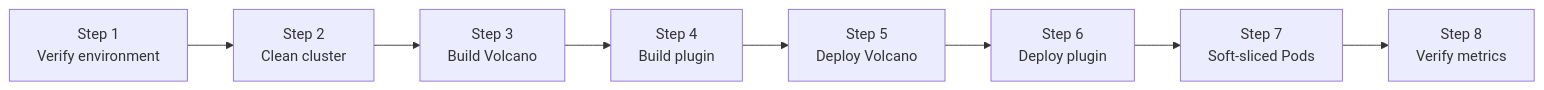
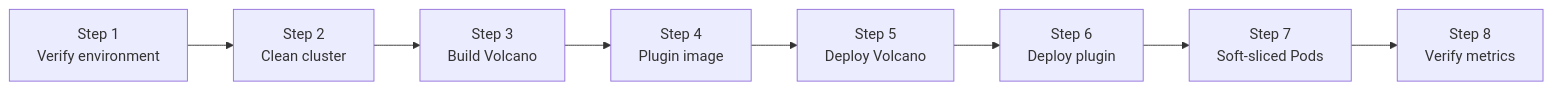
The diagram in tutorials/labs/volcano-ascend-vnpu.md (Project-HAMi/website), drawn with Mermaid before and after one commit. The commit also changed other lines of this file and 4 other files, not shown here.

````diff
--- a/tutorials/labs/volcano-ascend-vnpu.md
+++ b/tutorials/labs/volcano-ascend-vnpu.md
@@ -44,11 +44,11 @@
 ```mermaid
 %% title: Volcano + HAMi-core Ascend vNPU soft-slicing lab
 flowchart LR
     S1["Step 1<br/>Verify environment"] --> S2["Step 2<br/>Clean cluster"]
     S2 --> S3["Step 3<br/>Build Volcano"]
-    S3 --> S4["Step 4<br/>Build plugin"]
+    S3 --> S4["Step 4<br/>Plugin image"]
     S4 --> S5["Step 5<br/>Deploy Volcano"]
     S5 --> S6["Step 6<br/>Deploy plugin"]
     S6 --> S7["Step 7<br/>Soft-sliced Pods"]
     S7 --> S8["Step 8<br/>Verify metrics"]
 ```
````
